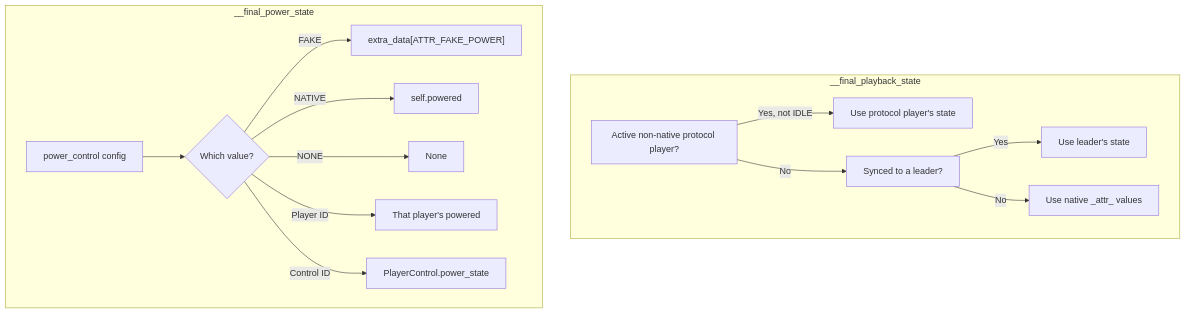
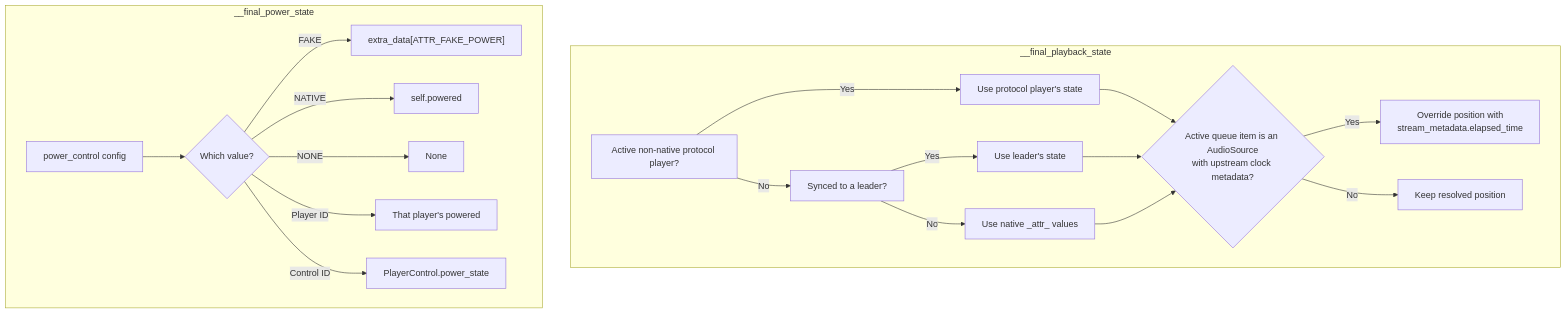
The diagram in docs/architecture/03-player-model.md (theturtle32/music-assistant-server), drawn with Mermaid before and after one commit. The commit also changed other lines of this file and 1 other file, not shown here.

First line of the commit message:
docs(architecture): refresh player model and controller for state, locking and command changes

````diff
--- a/docs/architecture/03-player-model.md
+++ b/docs/architecture/03-player-model.md
@@ -128,18 +201,23 @@
 ```mermaid
 flowchart TD
     subgraph "__final_playback_state"
-        P1["Active non-native protocol player?"] -->|"Yes, not IDLE"| P2["Use protocol player's state"]
+        P1["Active non-native protocol player?"] -->|Yes| P2["Use protocol player's state"]
         P1 -->|No| P3["Synced to a leader?"]
         P3 -->|Yes| P4["Use leader's state"]
         P3 -->|No| P5["Use native _attr_ values"]
+        P2 --> P6{"Active queue item is an AudioSource<br/>with upstream clock metadata?"}
+        P4 --> P6
+        P5 --> P6
+        P6 -->|Yes| P7["Override position with<br/>stream_metadata.elapsed_time"]
+        P6 -->|No| P8["Keep resolved position"]
     end
 
     subgraph "__final_power_state"
         PW1["power_control config"] --> PW2{"Which value?"}
         PW2 -->|FAKE| PW3["extra_data[ATTR_FAKE_POWER]"]
         PW2 -->|NATIVE| PW4["self.powered"]
         PW2 -->|NONE| PW5["None"]
         PW2 -->|Player ID| PW6["That player's powered"]
         PW2 -->|Control ID| PW7["PlayerControl.power_state"]
     end
 ```
````
